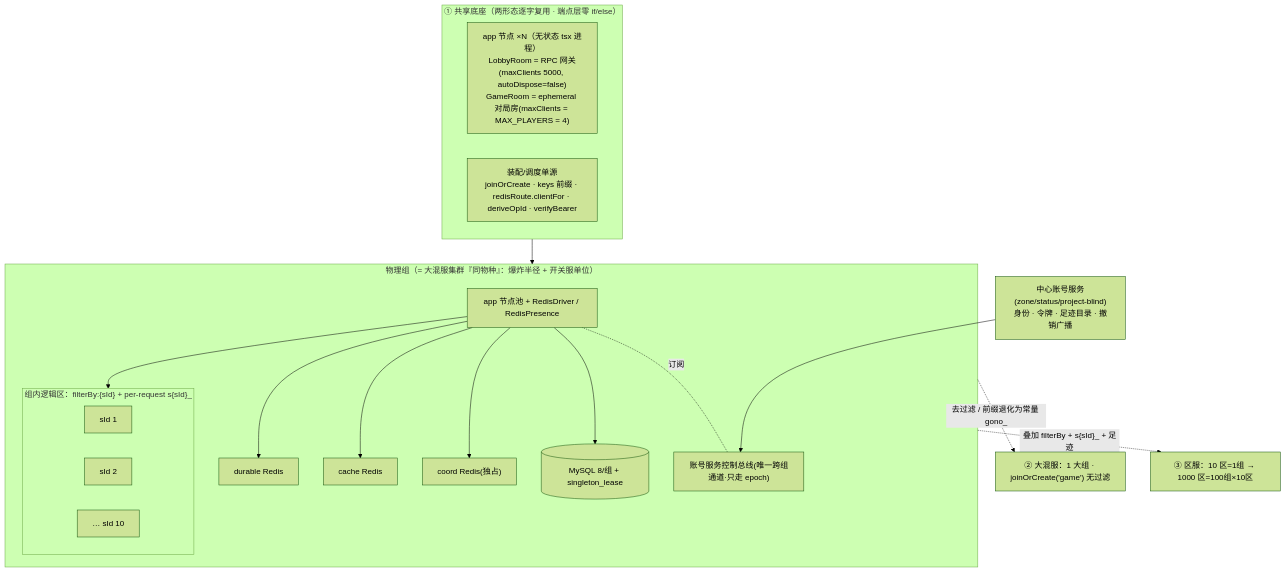
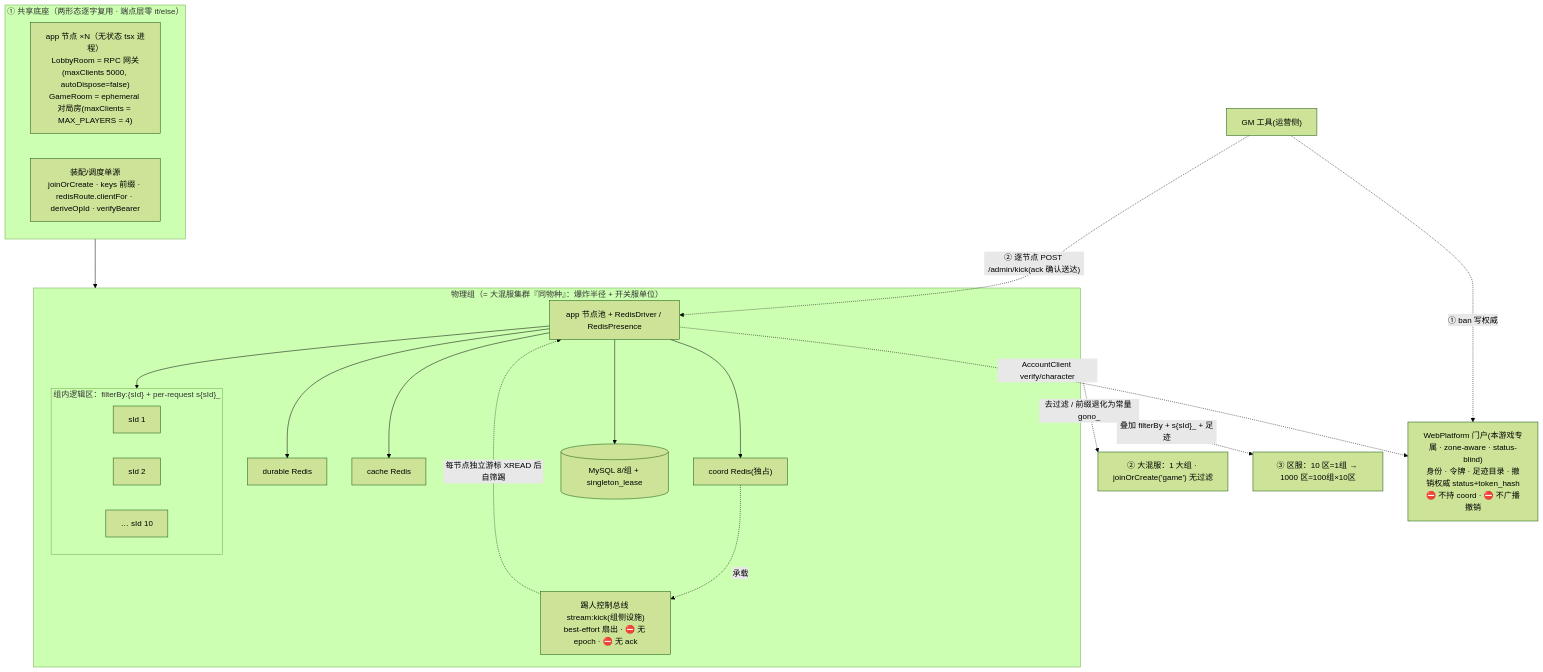
One commit to KimiChen/gameStarterKit changed the first of 2 diagrams in docs/DUAL_MODE.md. Above: the diagram before and after it, drawn with Mermaid (forest theme). The commit also changed other lines of this file and 3 other files, not shown here.

````diff
--- a/docs/DUAL_MODE.md
+++ b/docs/DUAL_MODE.md
@@ -34,26 +34,31 @@
 ```mermaid
 flowchart TB
   subgraph BASE["① 共享底座（两形态逐字复用 · 端点层零 if/else）"]
     N["app 节点 ×N（无状态 tsx 进程）<br/>LobbyRoom = RPC 网关(maxClients 5000, autoDispose=false)<br/>GameRoom = ephemeral 对局房(maxClients = MAX_PLAYERS = 4)"]
     ASM["装配/调度单源<br/>joinOrCreate · keys 前缀 · redisRoute.clientFor · deriveOpId · verifyBearer"]
   end
 
   subgraph PG["物理组（= 大混服集群『同物种』：爆炸半径 + 开关服单位）"]
     POOL["app 节点池 + RedisDriver / RedisPresence"]
     DUR["durable Redis"]; CAC["cache Redis"]; COO["coord Redis(独占)"]; SQL[("MySQL 8/组 + singleton_lease")]
-    ACB["账号服务控制总线(唯一跨组通道·只走 epoch)"]
+    ACB["踢人控制总线 stream:kick(组侧设施)<br/>best-effort 扇出 · ⛔ 无 epoch · ⛔ 无 ack"]
     POOL --> DUR & CAC & COO & SQL
-    POOL -. 订阅 .- ACB
+    COO -. 承载 .-> ACB
+    ACB -. 每节点独立游标 XREAD 后自筛踢 .-> POOL
     subgraph LZ["组内逻辑区：filterBy:{sId} + per-request s{sId}_"]
       z1["sId 1"]; z2["sId 2"]; zt["… sId 10"]
     end
     POOL --> LZ
   end
 
-  ACCT["中心账号服务(zone/status/project-blind)<br/>身份 · 令牌 · 足迹目录 · 撤销广播"]
-  ACCT --> ACB
   BASE --> PG
 
   PG -. 去过滤 / 前缀退化为常量 gono_ .-> CASUAL["② 大混服：1 大组 · joinOrCreate('game') 无过滤"]
   PG -. 叠加 filterBy + s{sId}_ + 足迹 .-> ZONE["③ 区服：10 区=1组 → 1000 区=100组×10区"]
+
+  ACCT["WebPlatform 门户(本游戏专属 · zone-aware · status-blind)<br/>身份 · 令牌 · 足迹目录 · 撤销权威 status+token_hash<br/>⛔ 不持 coord · ⛔ 不广播撤销"]
+  GM["GM 工具(运营侧)"]
+  POOL -. AccountClient verify/character .-> ACCT
+  GM -. ① ban 写权威 .-> ACCT
+  GM -. ② 逐节点 POST /admin/kick(ack 确认送达) .-> POOL
 ```
````
